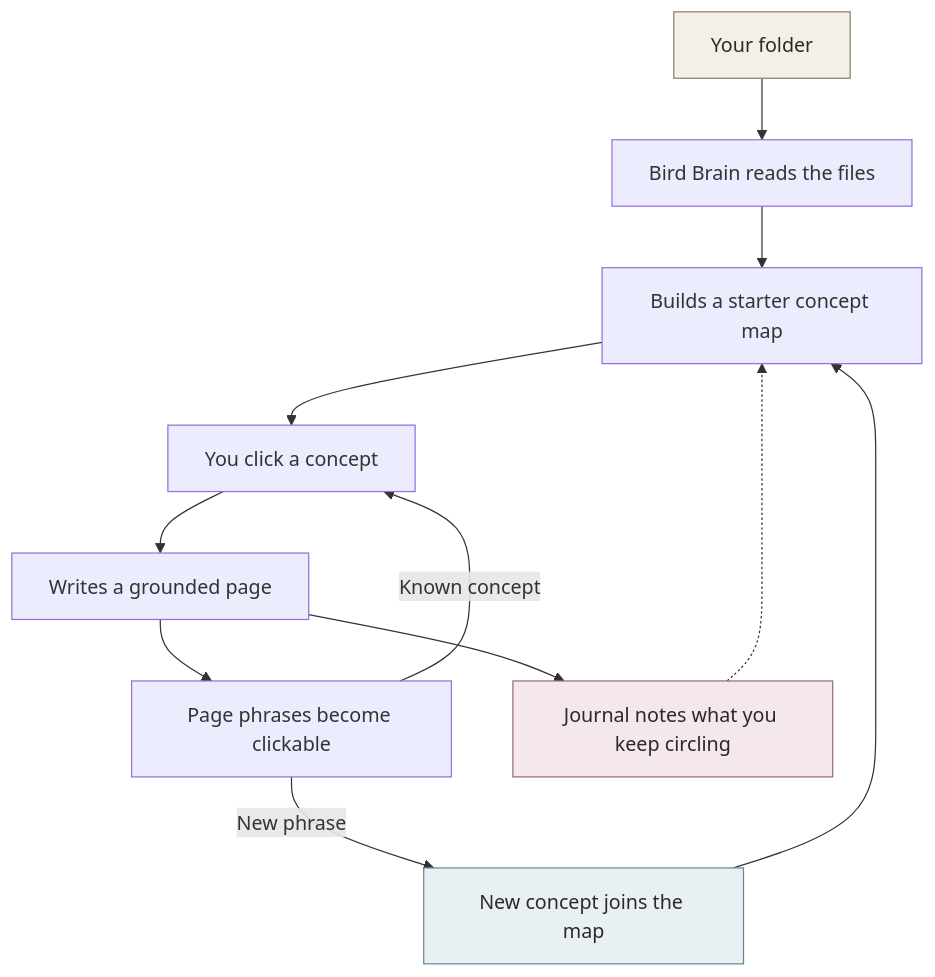
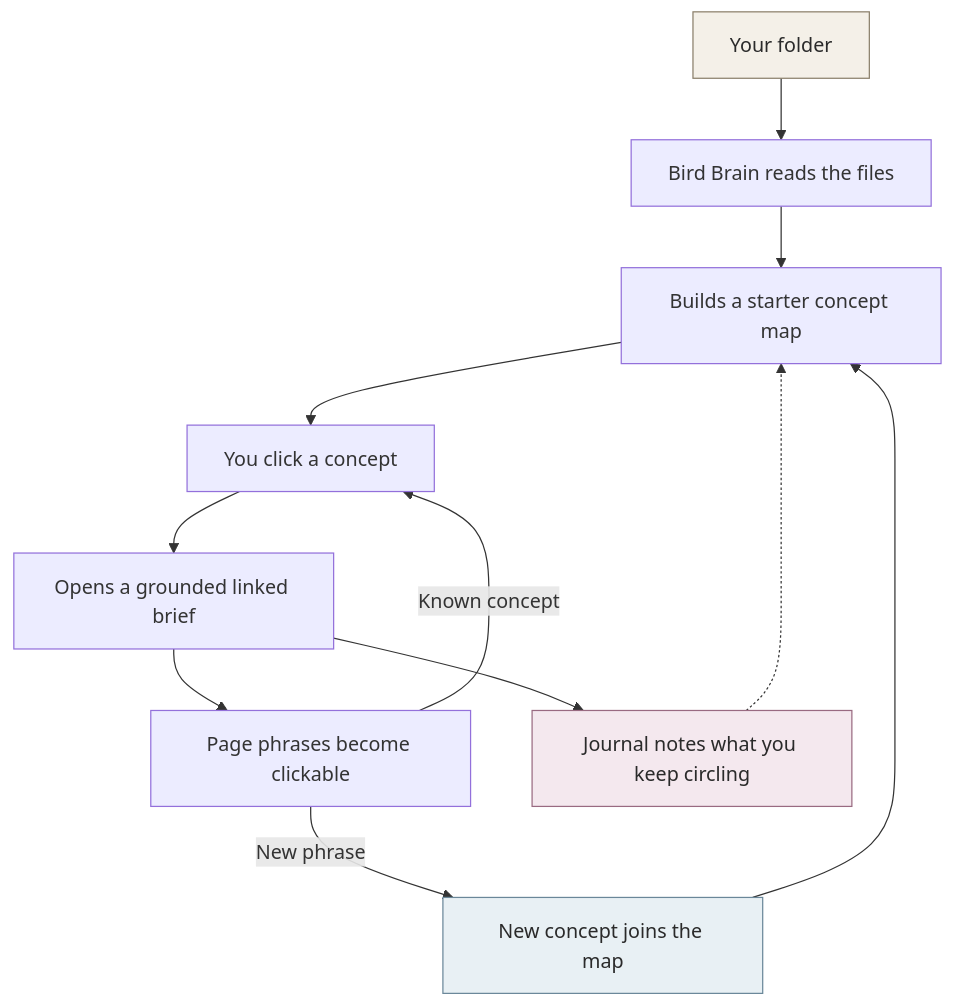
Before and after one commit to cocoon360/Birdbrain: the first of 2 diagrams in README.md, drawn with Mermaid. The commit also changed other lines of this file and 45 other files, not shown here.

````diff
--- a/README.md
+++ b/README.md
@@ -144,17 +59,17 @@
 ```mermaid
 flowchart TD
     A[Your folder] --> B[Bird Brain reads the files]
     B --> C[Builds a starter concept map]
     C --> D[You click a concept]
-    D --> E[Writes a grounded page]
+    D --> E[Opens a grounded linked brief]
     E --> F[Page phrases become clickable]
     F -->|Known concept| D
     F -->|New phrase| G[New concept joins the map]
     G --> C
     E --> H[Journal notes what you keep circling]
     H -.-> C
 
     style A fill:#f4f0e8,stroke:#8a7f6a,color:#2a2a2a
     style G fill:#e8f0f4,stroke:#6a8799,color:#2a2a2a
     style H fill:#f4e8ee,stroke:#996a81,color:#2a2a2a
 ```
````
